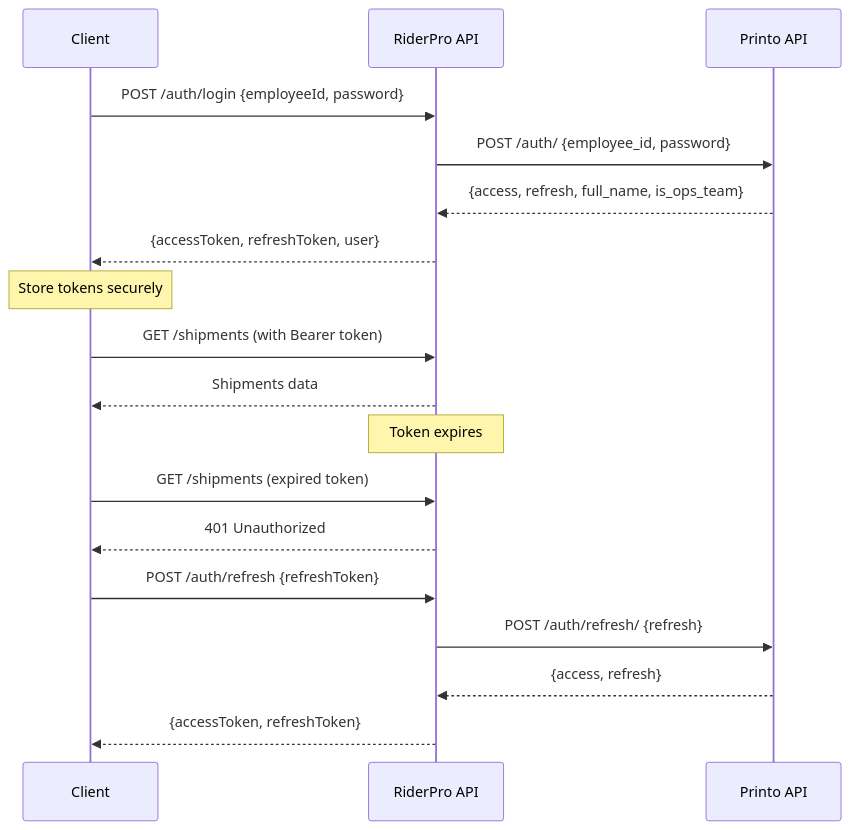
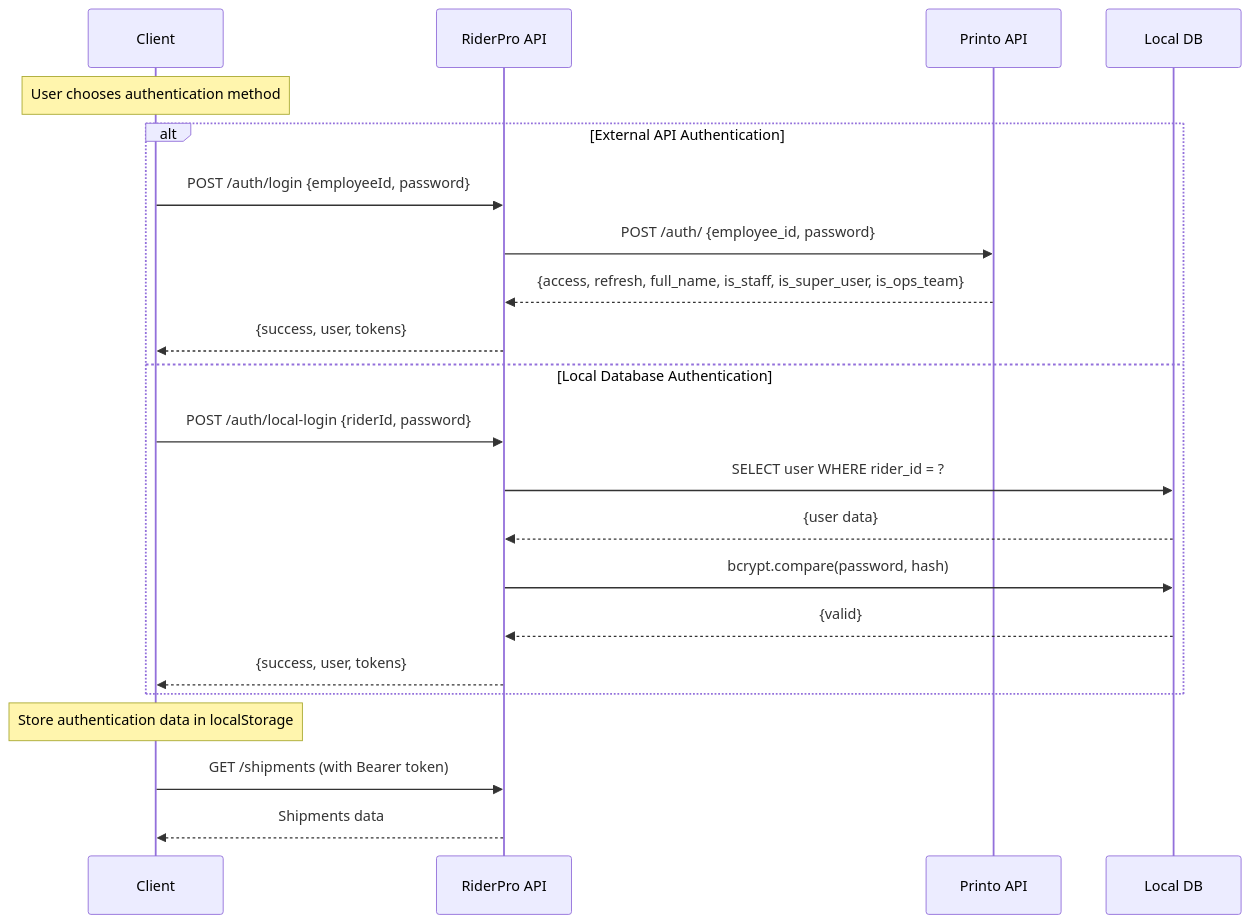
The diagram in docs/authentication-system.md (printo/RiderPro), drawn with Mermaid before and after one commit. The commit also changed other lines of this file and 23 other files, not shown here.

````diff
--- a/docs/authentication-system.md
+++ b/docs/authentication-system.md
@@ -17,25 +27,28 @@
 ```mermaid
 sequenceDiagram
     participant Client
     participant RiderPro API
     participant Printo API
+    participant Local DB
     
-    Client->>RiderPro API: POST /auth/login {employeeId, password}
-    RiderPro API->>Printo API: POST /auth/ {employee_id, password}
-    Printo API-->>RiderPro API: {access, refresh, full_name, is_ops_team}
-    RiderPro API-->>Client: {accessToken, refreshToken, user}
+    Note over Client: User chooses authentication method
     
-    Note over Client: Store tokens securely
+    alt External API Authentication
+        Client->>RiderPro API: POST /auth/login {employeeId, password}
+        RiderPro API->>Printo API: POST /auth/ {employee_id, password}
+        Printo API-->>RiderPro API: {access, refresh, full_name, is_staff, is_super_user, is_ops_team}
+        RiderPro API-->>Client: {success, user, tokens}
+    else Local Database Authentication
+        Client->>RiderPro API: POST /auth/local-login {riderId, password}
+        RiderPro API->>Local DB: SELECT user WHERE rider_id = ?
+        Local DB-->>RiderPro API: {user data}
+        RiderPro API->>Local DB: bcrypt.compare(password, hash)
+        Local DB-->>RiderPro API: {valid}
+        RiderPro API-->>Client: {success, user, tokens}
+    end
+    
+    Note over Client: Store authentication data in localStorage
     
     Client->>RiderPro API: GET /shipments (with Bearer token)
     RiderPro API-->>Client: Shipments data
-    
-    Note over RiderPro API: Token expires
-    
-    Client->>RiderPro API: GET /shipments (expired token)
-    RiderPro API-->>Client: 401 Unauthorized
-    Client->>RiderPro API: POST /auth/refresh {refreshToken}
-    RiderPro API->>Printo API: POST /auth/refresh/ {refresh}
-    Printo API-->>RiderPro API: {access, refresh}
-    RiderPro API-->>Client: {accessToken, refreshToken}
 ```
````
